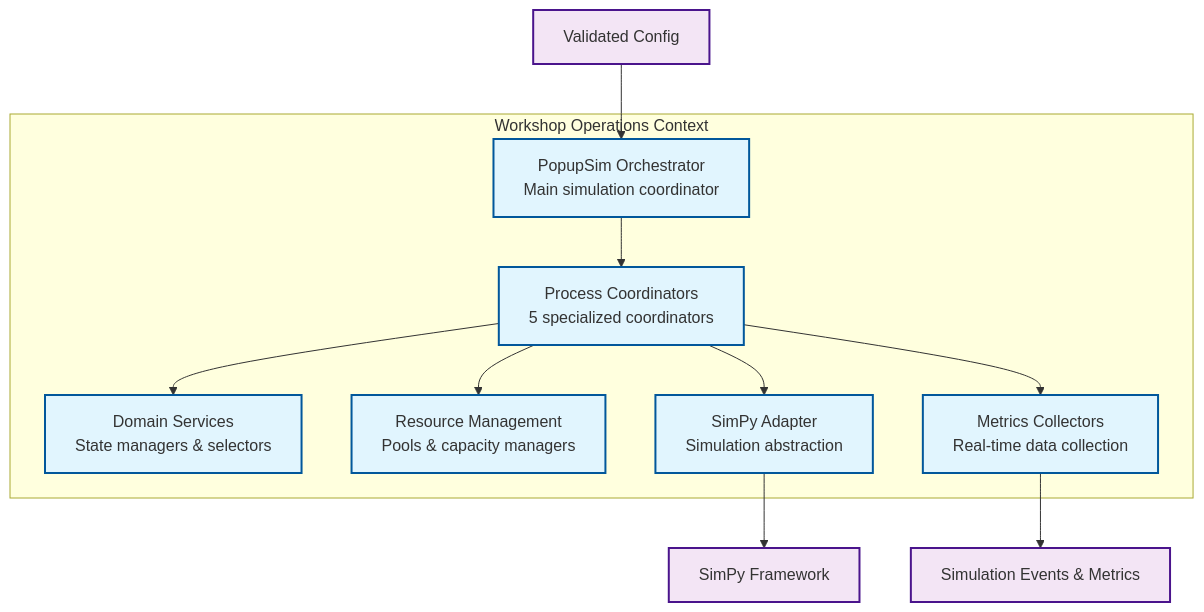
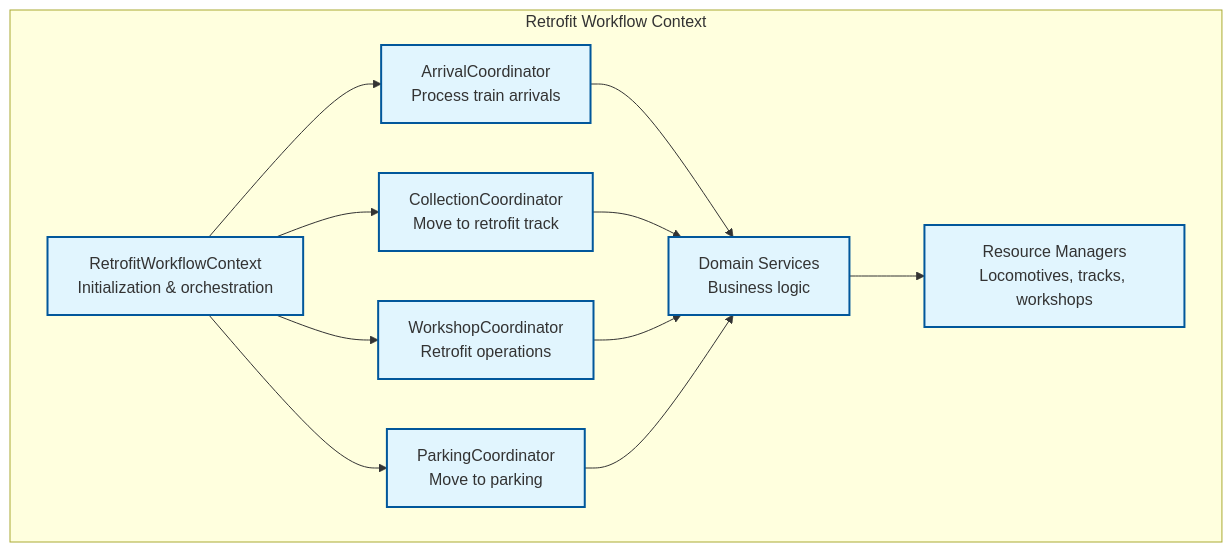
Before and after one commit to OpenRailAssociation/dac-migration-dss-popupsim: the third of 6 diagrams in docs/mvp/architecture/05-building-blocks.md, drawn with Mermaid. The commit also changed other lines of this file and 197 other files, not shown here.

````diff
--- a/docs/mvp/architecture/05-building-blocks.md
+++ b/docs/mvp/architecture/05-building-blocks.md
@@ -395,26 +113,26 @@
 ```mermaid
 graph TB
-    subgraph "Workshop Operations Context"
-        Orchestrator["PopupSim Orchestrator<br/>Main simulation coordinator"]
-        Coordinators["Process Coordinators<br/>5 specialized coordinators"]
-        Domain["Domain Services<br/>State managers & selectors"]
-        Resources["Resource Management<br/>Pools & capacity managers"]
-        SimAdapter["SimPy Adapter<br/>Simulation abstraction"]
-        Collectors["Metrics Collectors<br/>Real-time data collection"]
+    subgraph "Retrofit Workflow Context"
+        Context["RetrofitWorkflowContext<br/>Initialization & orchestration"]
+        Arrival["ArrivalCoordinator<br/>Process train arrivals"]
+        Collection["CollectionCoordinator<br/>Move to retrofit track"]
+        Workshop["WorkshopCoordinator<br/>Retrofit operations"]
+        Parking["ParkingCoordinator<br/>Move to parking"]
+        Services["Domain Services<br/>Business logic"]
+        Resources["Resource Managers<br/>Locomotives, tracks, workshops"]
     end
-
-    Config[Validated Config] --> Orchestrator
-    Orchestrator --> Coordinators
-    Coordinators --> Domain
-    Coordinators --> Resources
-    Coordinators --> SimAdapter
-    SimAdapter --> SimPy[SimPy Framework]
-    Coordinators --> Collectors
-    Collectors --> Results[Simulation Events & Metrics]
-
+    
+    Context --> Arrival
+    Context --> Collection
+    Context --> Workshop
+    Context --> Parking
+    Arrival --> Services
+    Collection --> Services
+    Workshop --> Services
+    Parking --> Services
+    Services --> Resources
+    
     classDef component fill:#e1f5fe,stroke:#01579b,stroke-width:2px
-    classDef external fill:#f3e5f5,stroke:#4a148c,stroke-width:2px
-
-    class Orchestrator,Coordinators,Domain,Resources,SimAdapter,Collectors component
-    class Config,Results,SimPy external
+    
+    class Context,Arrival,Collection,Workshop,Parking,Services,Resources component
 ```
````
